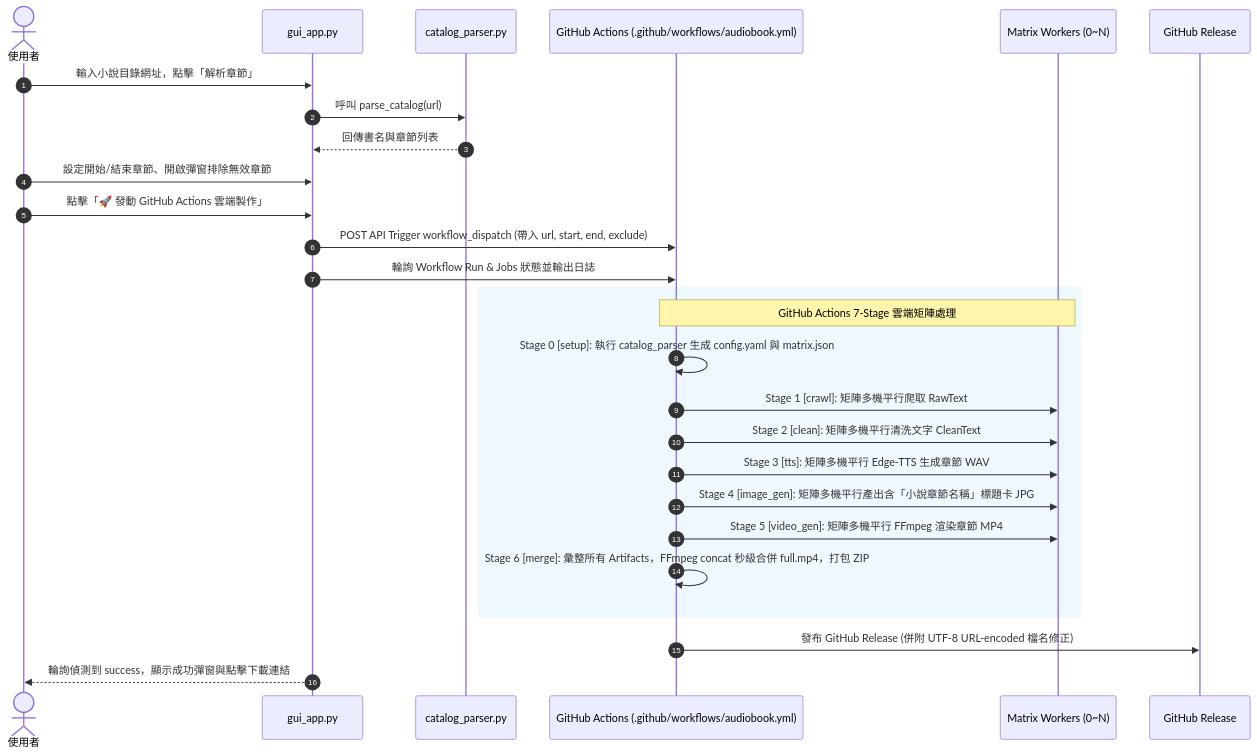
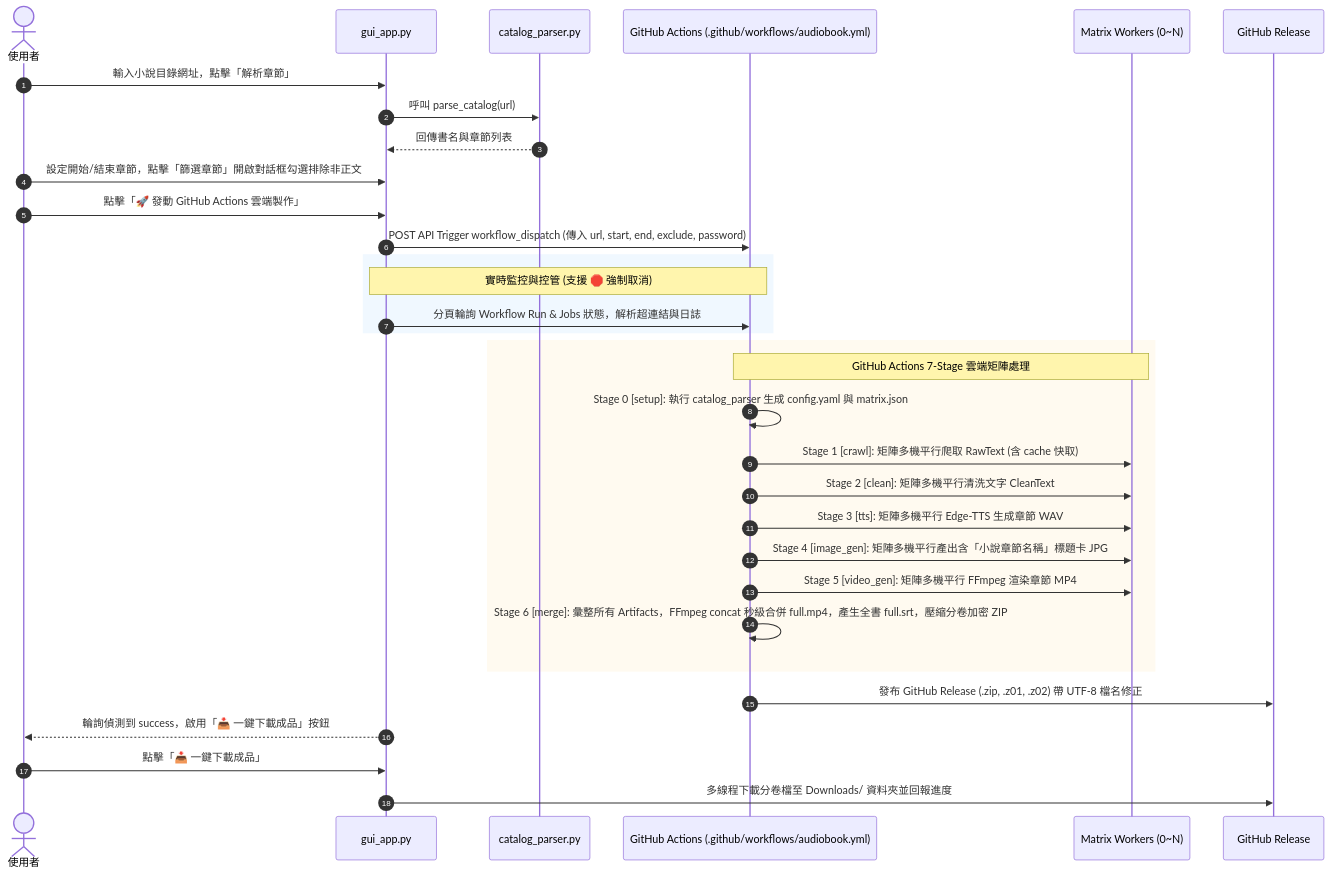
Before and after one commit to hub-google/audiobook-generator: the diagram in 系統需求書.md, drawn with Mermaid. The commit also changed other lines of this file and 4 other files, not shown here.

````diff
--- a/系統需求書.md
+++ b/系統需求書.md
@@ -89,32 +102,38 @@
 ```mermaid
 sequenceDiagram
     autonumber
     actor User as 使用者
     participant GUI as gui_app.py
     participant CP as catalog_parser.py
     participant GHA as GitHub Actions (.github/workflows/audiobook.yml)
     participant Worker as Matrix Workers (0~N)
     participant GHR as GitHub Release
 
     User->>GUI: 輸入小說目錄網址，點擊「解析章節」
     GUI->>CP: 呼叫 parse_catalog(url)
     CP-->>GUI: 回傳書名與章節列表
-    User->>GUI: 設定開始/結束章節、開啟彈窗排除無效章節
+    User->>GUI: 設定開始/結束章節，點擊「篩選章節」開啟對話框勾選排除非正文
     User->>GUI: 點擊「🚀 發動 GitHub Actions 雲端製作」
-    GUI->>GHA: POST API Trigger workflow_dispatch (帶入 url, start, end, exclude)
-    GUI->>GHA: 輪詢 Workflow Run & Jobs 狀態並輸出日誌
+    GUI->>GHA: POST API Trigger workflow_dispatch (傳入 url, start, end, exclude, password)
     
     rect rgb(240, 248, 255)
+        Note over GUI,GHA: 實時監控與控管 (支援 🛑 強制取消)
+        GUI->>GHA: 分頁輪詢 Workflow Run & Jobs 狀態，解析超連結與日誌
+    end
+
+    rect rgb(255, 250, 240)
         Note over GHA,Worker: GitHub Actions 7-Stage 雲端矩陣處理
         GHA->>GHA: Stage 0 [setup]: 執行 catalog_parser 生成 config.yaml 與 matrix.json
-        GHA->>Worker: Stage 1 [crawl]: 矩陣多機平行爬取 RawText
+        GHA->>Worker: Stage 1 [crawl]: 矩陣多機平行爬取 RawText (含 cache 快取)
         GHA->>Worker: Stage 2 [clean]: 矩陣多機平行清洗文字 CleanText
         GHA->>Worker: Stage 3 [tts]: 矩陣多機平行 Edge-TTS 生成章節 WAV
         GHA->>Worker: Stage 4 [image_gen]: 矩陣多機平行產出含「小說章節名稱」標題卡 JPG
         GHA->>Worker: Stage 5 [video_gen]: 矩陣多機平行 FFmpeg 渲染章節 MP4
-        GHA->>GHA: Stage 6 [merge]: 彙整所有 Artifacts，FFmpeg concat 秒級合併 full.mp4，打包 ZIP
+        GHA->>GHA: Stage 6 [merge]: 彙整所有 Artifacts，FFmpeg concat 秒級合併 full.mp4，產生全書 full.srt，壓縮分卷加密 ZIP
     end
 
-    GHA->>GHR: 發布 GitHub Release (併附 UTF-8 URL-encoded 檔名修正)
-    GUI-->>User: 輪詢偵測到 success，顯示成功彈窗與點擊下載連結
+    GHA->>GHR: 發布 GitHub Release (.zip, .z01, .z02) 帶 UTF-8 檔名修正
+    GUI-->>User: 輪詢偵測到 success，啟用「📥 一鍵下載成品」按鈕
+    User->>GUI: 點擊「📥 一鍵下載成品」
+    GUI->>GHR: 多線程下載分卷檔至 Downloads/ 資料夾並回報進度
 ```
````
